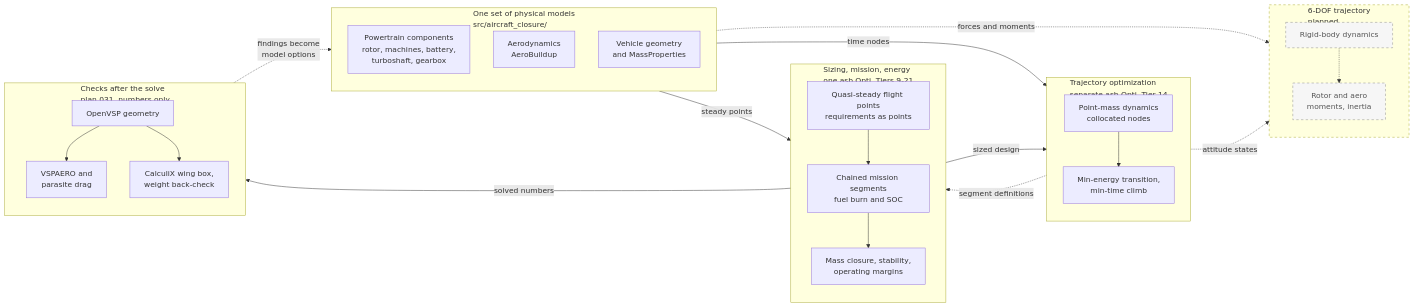
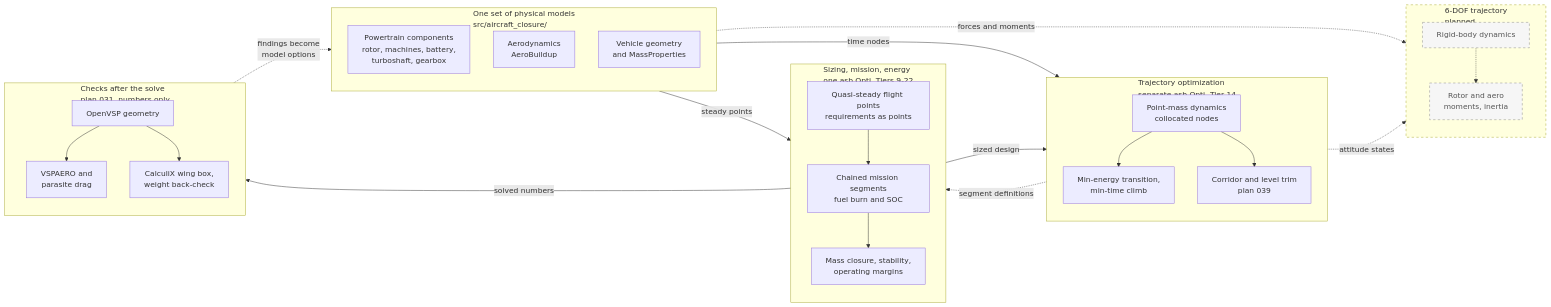
The third of 4 diagrams in docs/ARCHITECTURE_DIAGRAMS.md (rootAmos/size_halo), drawn with Mermaid before and after one commit. The commit also changed other lines of this file and 11 other files, not shown here.

````diff
--- a/docs/ARCHITECTURE_DIAGRAMS.md
+++ b/docs/ARCHITECTURE_DIAGRAMS.md
@@ -174,52 +177,54 @@
 ```mermaid
 flowchart LR
     subgraph MODELS["One set of physical models<br/>src/aircraft_closure/"]
         direction TB
         pt["Powertrain components<br/>rotor, machines, battery,<br/>turboshaft, gearbox"]
         aero["Aerodynamics<br/>AeroBuildup"]
         veh["Vehicle geometry<br/>and MassProperties"]
     end
 
-    subgraph SIZE["Sizing, mission, energy<br/>one asb.Opti, Tiers 9-21"]
+    subgraph SIZE["Sizing, mission, energy<br/>one asb.Opti, Tiers 9-22"]
         direction TB
         fp["Quasi-steady flight points<br/>requirements as points"]
         seg["Chained mission segments<br/>fuel burn and SOC"]
         clos["Mass closure, stability,<br/>operating margins"]
         fp --> seg --> clos
     end
 
     subgraph TRAJ["Trajectory optimization<br/>separate asb.Opti, Tier 14"]
         direction TB
         pm["Point-mass dynamics<br/>collocated nodes"]
         tro["Min-energy transition,<br/>min-time climb"]
+        trim["Corridor and level trim<br/>plan 039"]
         pm --> tro
+        pm --> trim
     end
 
     subgraph AFTER["Checks after the solve<br/>plan 031, numbers only"]
         direction TB
         vsp["OpenVSP geometry"]
         vspaero["VSPAERO and<br/>parasite drag"]
         ccx["CalculiX wing box,<br/>weight back-check"]
         vsp --> vspaero
         vsp --> ccx
     end
 
     subgraph SIXDOF["6-DOF trajectory<br/>planned"]
         direction TB
         rb["Rigid-body dynamics"]:::planned
         mom["Rotor and aero<br/>moments, inertia"]:::planned
         rb -.-> mom
     end
 
     MODELS -- "steady points" --> SIZE
     MODELS -- "time nodes" --> TRAJ
     MODELS -. "forces and moments" .-> SIXDOF
     SIZE -- "sized design" --> TRAJ
     SIZE -- "solved numbers" --> AFTER
     AFTER -. "findings become<br/>model options" .-> MODELS
     TRAJ -. "segment definitions" .-> SIZE
     TRAJ -. "attitude states" .-> SIXDOF
 
     classDef planned fill:#f6f6f6,stroke:#888888,stroke-dasharray:5 5,color:#555555
     style SIXDOF stroke-dasharray:5 5
 ```
````
